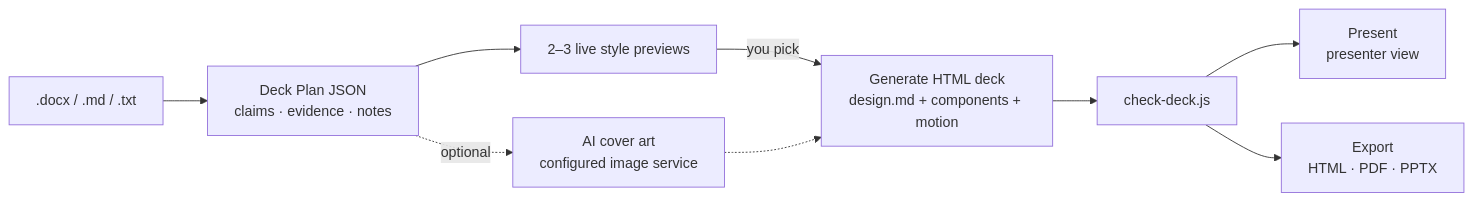
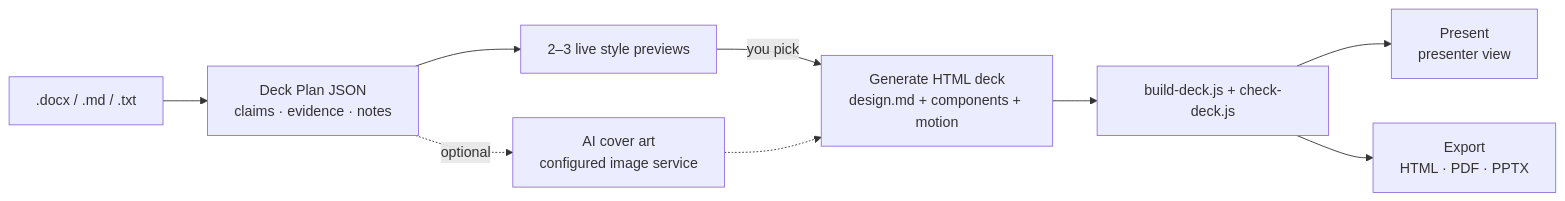
Before and after one commit to hhuang999/Agent-native-slides: the diagram in README.md, drawn with Mermaid. The commit also changed other lines of this file and 18 other files, not shown here.

````diff
--- a/README.md
+++ b/README.md
@@ -78,10 +78,10 @@
 ```mermaid
 flowchart LR
   A[".docx / .md / .txt"] --> B["Deck Plan JSON<br/>claims · evidence · notes"]
   B --> C["2–3 live style previews"]
   C -->|you pick| D["Generate HTML deck<br/>design.md + components + motion"]
-  D --> E["check-deck.js"]
+  D --> E["build-deck.js + check-deck.js"]
   E --> F["Present<br/>presenter view"]
   E --> G["Export<br/>HTML · PDF · PPTX"]
   B -. optional .-> H["AI cover art<br/>configured image service"] -.-> D
 ```
````
